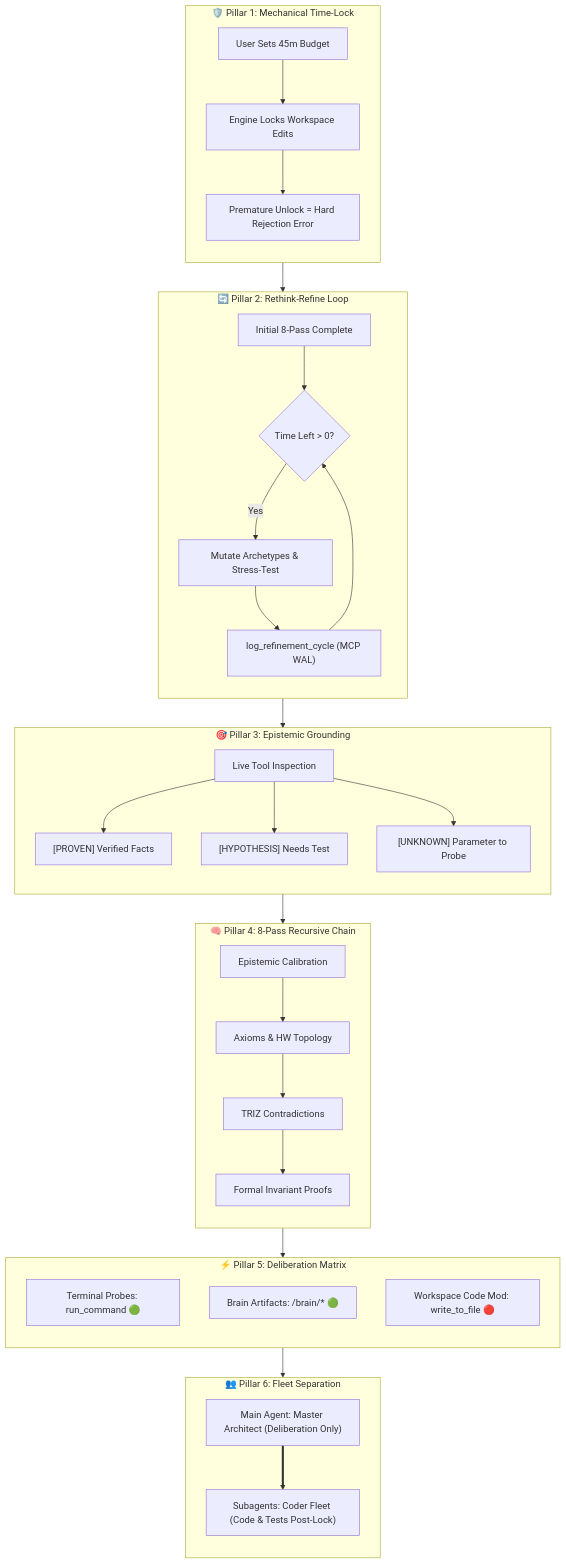
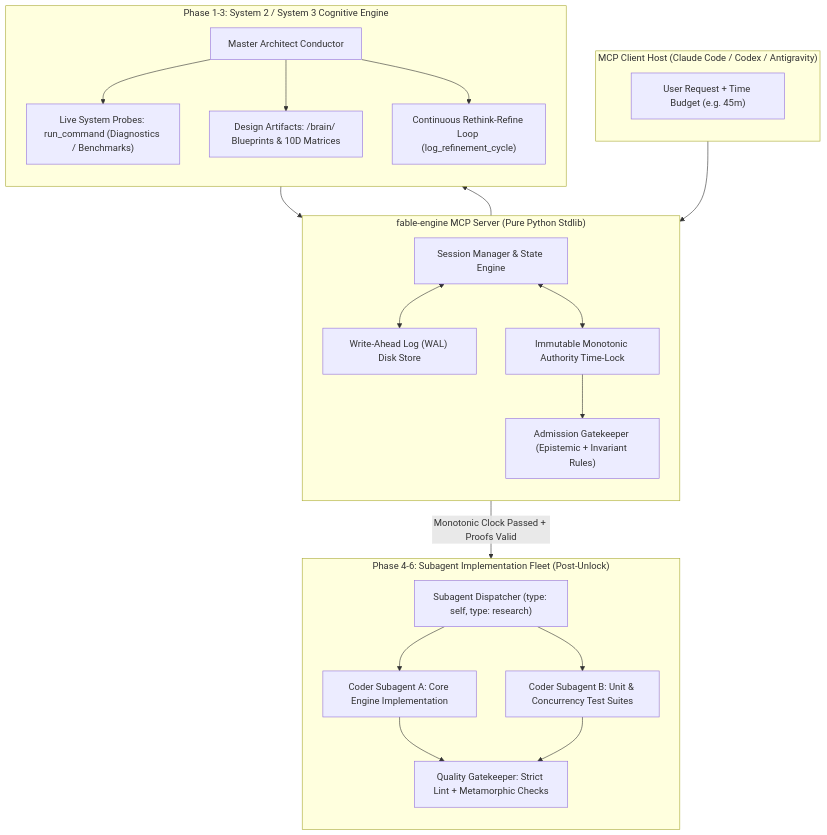
One commit to REX-codebase/fable-mode changed the first of 2 diagrams in README.md. Above: the diagram before and after it, drawn with Mermaid. The commit also changed other lines of this file and 4 other files, not shown here.

Commit message:
feat(design): integrate Cinematic Design Engine and refresh grounded documentation

````diff
--- a/README.md
+++ b/README.md
@@ -67,45 +57,49 @@
 ```mermaid
 flowchart TB
-    subgraph P1["🛡️ Pillar 1: Mechanical Time-Lock"]
+    subgraph Host["MCP Client Host (Claude Code / Codex / Antigravity)"]
         direction TB
-        L1["User Sets 45m Budget"] --> L2["Engine Locks Workspace Edits"]
-        L2 --> L3["Premature Unlock = Hard Rejection Error"]
+        HostReq["User Request + Time Budget (e.g. 45m)"]
     end
 
-    subgraph P2["🔄 Pillar 2: Rethink-Refine Loop"]
+    subgraph FableMCP["fable-engine MCP Server (Pure Python Stdlib)"]
         direction TB
-        R1["Initial 8-Pass Complete"] --> R2{"Time Left > 0?"}
-        R2 -- Yes --> R3["Mutate Archetypes & Stress-Test"]
-        R3 --> R4["log_refinement_cycle (MCP WAL)"]
-        R4 --> R2
+        SessionMgr["Session Manager & State Engine"]
+        WAL["Write-Ahead Log (WAL) Disk Store"]
+        TimeLock["Immutable Monotonic Authority Time-Lock"]
+        Gatekeeper["Admission Gatekeeper (Epistemic + Invariant Rules)"]
+        
+        SessionMgr <--> WAL
+        SessionMgr <--> TimeLock
+        TimeLock --> Gatekeeper
     end
 
-    subgraph P3["🎯 Pillar 3: Epistemic Grounding"]
+    subgraph Deliberation["Phase 1-3: System 2 / System 3 Cognitive Engine"]
         direction TB
-        E1["Live Tool Inspection"] --> E2["[PROVEN] Verified Facts"]
-        E1 --> E3["[HYPOTHESIS] Needs Test"]
-        E1 --> E4["[UNKNOWN] Parameter to Probe"]
+        Architect["Master Architect Conductor"]
+        Probes["Live System Probes: run_command (Diagnostics / Benchmarks)"]
+        Artifacts["Design Artifacts: /brain/ Blueprints & 10D Matrices"]
+        RefineLoop["Continuous Rethink-Refine Loop (log_refinement_cycle)"]
+        
+        Architect --> Probes
+        Architect --> Artifacts
+        Architect --> RefineLoop
     end
 
-    subgraph P4["🧠 Pillar 4: 8-Pass Recursive Chain"]
+    subgraph Execution["Phase 4-6: Subagent Implementation Fleet (Post-Unlock)"]
         direction TB
-        D1["Epistemic Calibration"] --> D2["Axioms & HW Topology"]
-        D2 --> D3["TRIZ Contradictions"] --> D4["Formal Invariant Proofs"]
+        FleetRouter["Subagent Dispatcher (type: self, type: research)"]
+        Coder1["Coder Subagent A: Core Engine Implementation"]
+        Coder2["Coder Subagent B: Unit & Concurrency Test Suites"]
+        Verifier["Quality Gatekeeper: Strict Lint + Metamorphic Checks"]
+        
+        FleetRouter --> Coder1
+        FleetRouter --> Coder2
+        Coder1 --> Verifier
+        Coder2 --> Verifier
     end
 
-    subgraph P5["⚡ Pillar 5: Deliberation Matrix"]
-        direction TB
-        M1["Terminal Probes: run_command 🟢"]
-        M2["Brain Artifacts: /brain/* 🟢"]
-        M3["Workspace Code Mod: write_to_file 🔴"]
-    end
-
-    subgraph P6["👥 Pillar 6: Fleet Separation"]
-        direction TB
-        S1["Main Agent: Master Architect (Deliberation Only)"]
-        S2["Subagents: Coder Fleet (Code & Tests Post-Lock)"]
-        S1 ==> S2
-    end
-
-    P1 --> P2 --> P3 --> P4 --> P5 --> P6
+    HostReq --> SessionMgr
+    SessionMgr --> Architect
+    Architect --> Gatekeeper
+    Gatekeeper -- "Monotonic Clock Passed + Proofs Valid" --> FleetRouter
 ```
````
